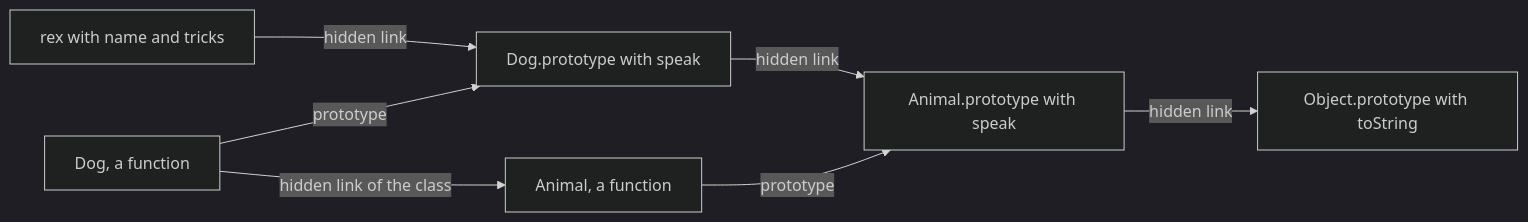
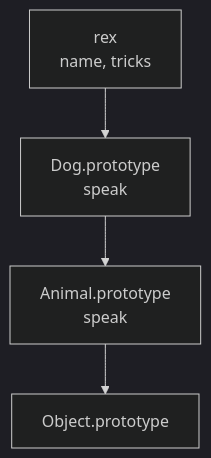
Before and after one commit to starjustice/research-material: the second of 3 diagrams in learn/javascript/08-classes.md, drawn with Mermaid (dark theme). The commit also changed other lines of this file, not shown here.

````diff
--- a/learn/javascript/08-classes.md
+++ b/learn/javascript/08-classes.md
@@ -88,9 +67,6 @@
 ```mermaid
-graph LR
-    R["rex with name and tricks"] -->|hidden link| DP["Dog.prototype with speak"]
-    DP -->|hidden link| AP["Animal.prototype with speak"]
-    AP -->|hidden link| OP["Object.prototype with toString"]
-    D["Dog, a function"] -->|prototype| DP
-    A["Animal, a function"] -->|prototype| AP
-    D -->|hidden link of the class| A
+graph TB
+    R["rex<br/>name, tricks"] --> DP["Dog.prototype<br/>speak"]
+    DP --> AP["Animal.prototype<br/>speak"]
+    AP --> OP["Object.prototype"]
 ```
````
